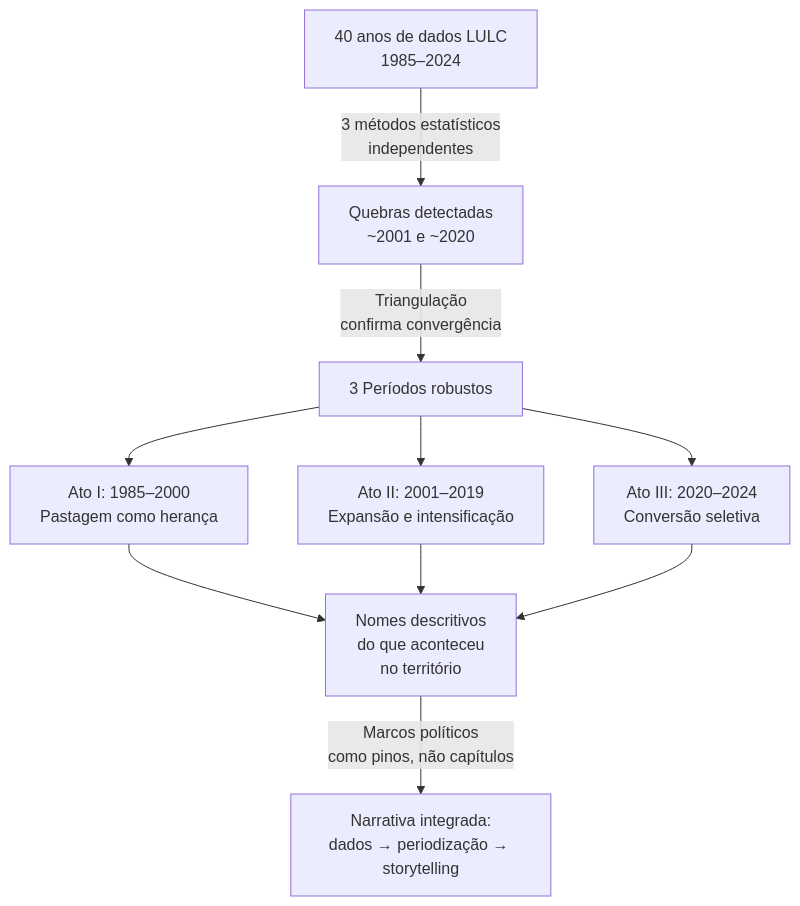
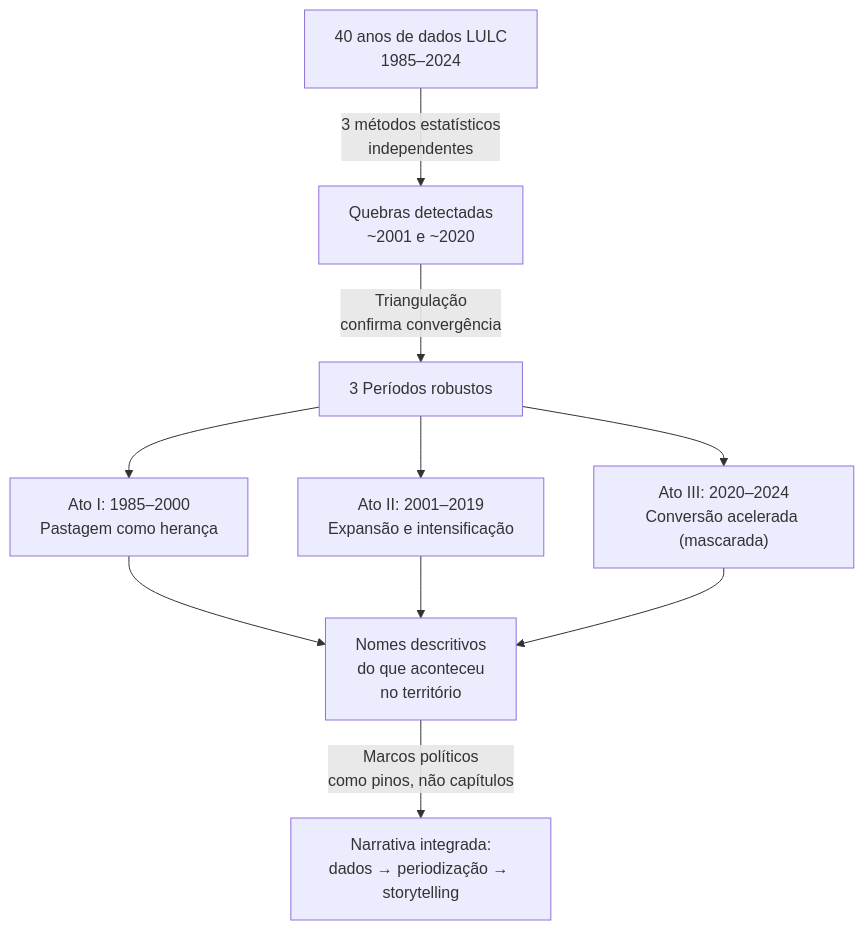
The diagram in explicacao_atos.md (VictorGit10/mestrado-lulc-goias), drawn with Mermaid before and after one commit. The commit also changed other lines of this file and 18 other files, not shown here.

````diff
--- a/explicacao_atos.md
+++ b/explicacao_atos.md
@@ -224,12 +243,12 @@
 ```mermaid
 graph TD
     A["40 anos de dados LULC<br/>1985–2024"] -->|"3 métodos estatísticos<br/>independentes"| B["Quebras detectadas<br/>~2001 e ~2020"]
     B -->|"Triangulação<br/>confirma convergência"| C["3 Períodos robustos"]
     C --> D["Ato I: 1985–2000<br/>Pastagem como herança"]
     C --> E["Ato II: 2001–2019<br/>Expansão e intensificação"]
-    C --> F["Ato III: 2020–2024<br/>Conversão seletiva"]
+    C --> F["Ato III: 2020–2024<br/>Conversão acelerada (mascarada)"]
     D --> G["Nomes descritivos<br/>do que aconteceu<br/>no território"]
     E --> G
     F --> G
     G -->|"Marcos políticos<br/>como pinos, não capítulos"| H["Narrativa integrada:<br/>dados → periodização → storytelling"]
 ```
````
